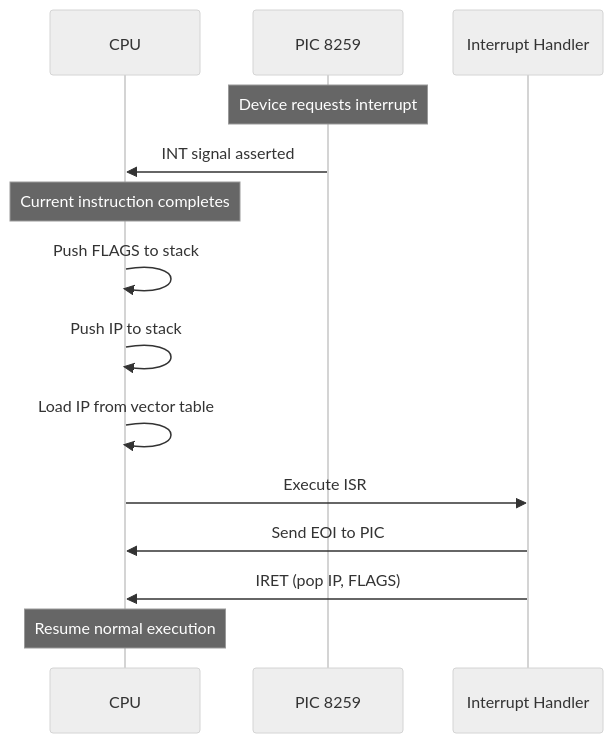
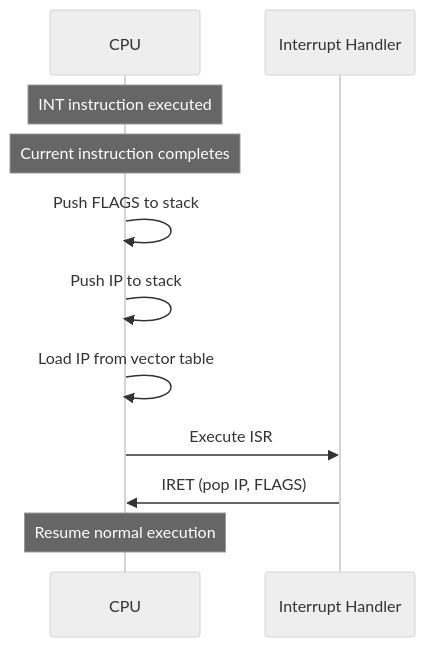
Before and after one commit to MinecAnton209/NovumOS-16bit: the tenth of 10 diagrams in docs/en/architecture/overview.md, drawn with Mermaid (neutral theme). The commit also changed other lines of this file and 30 other files, not shown here.

````diff
--- a/docs/en/architecture/overview.md
+++ b/docs/en/architecture/overview.md
@@ -460,17 +463,14 @@
 ```mermaid
 sequenceDiagram
     participant CPU as CPU
-    participant PIC as PIC 8259
     participant ISR as Interrupt Handler
 
-    Note over PIC: Device requests interrupt
-    PIC->>CPU: INT signal asserted
+    Note over CPU: INT instruction executed
     Note over CPU: Current instruction completes
     CPU->>CPU: Push FLAGS to stack
     CPU->>CPU: Push IP to stack
     CPU->>CPU: Load IP from vector table
     CPU->>ISR: Execute ISR
-    ISR->>CPU: Send EOI to PIC
     ISR->>CPU: IRET (pop IP, FLAGS)
     Note over CPU: Resume normal execution
 ```
````
